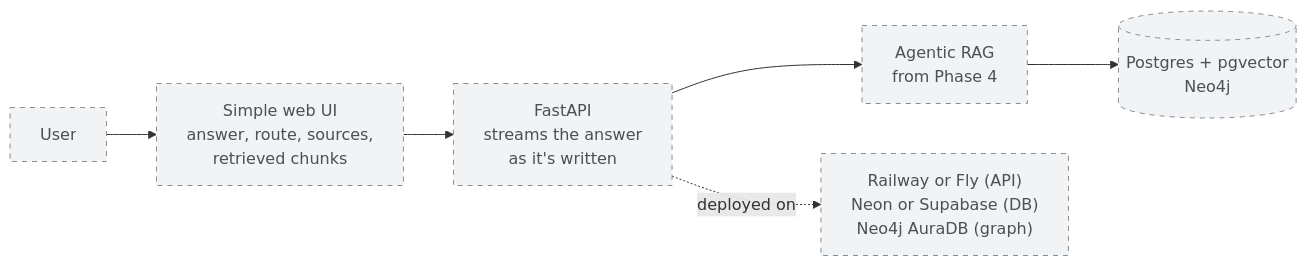
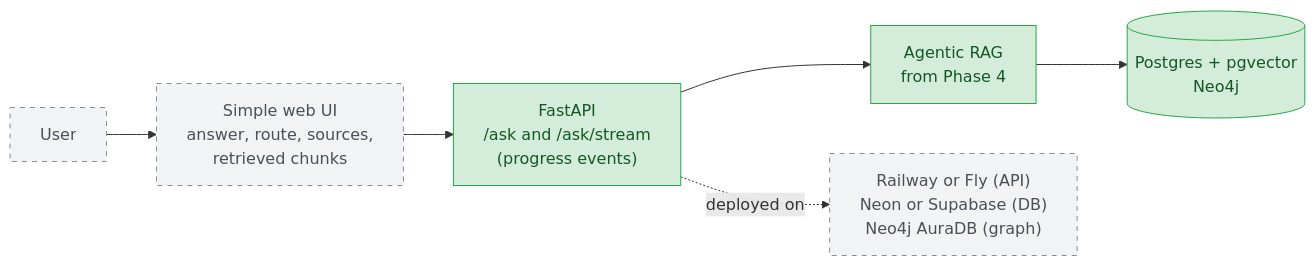
One commit to madeleine68/Reportlens changed the eighth of 9 diagrams in README.md. Above: the diagram before and after it, drawn with Mermaid. The commit also changed other lines of this file and 12 other files, not shown here.

First line of the commit message:
Phase 5: FastAPI endpoints with server-sent progress events

````diff
--- a/README.md
+++ b/README.md
@@ -357,11 +357,13 @@
 ```mermaid
 flowchart LR
     user["User"] --> ui["Simple web UI<br/>answer, route, sources,<br/>retrieved chunks"]
-    ui --> api["FastAPI<br/>streams the answer<br/>as it's written"]
+    ui --> api["FastAPI<br/>/ask and /ask/stream<br/>(progress events)"]
     api --> agent["Agentic RAG<br/>from Phase 4"]
     agent --> dbs[("Postgres + pgvector<br/>Neo4j")]
     api -.->|"deployed on"| cloud["Railway or Fly (API)<br/>Neon or Supabase (DB)<br/>Neo4j AuraDB (graph)"]
 
     classDef planned fill:#f1f3f5,stroke:#868e96,color:#495057,stroke-dasharray: 5 5
-    class user,ui,api,agent,dbs,cloud planned
+    classDef done fill:#d4edda,stroke:#28a745,color:#155724
+    class api,agent,dbs done
+    class user,ui,cloud planned
 ```
````
